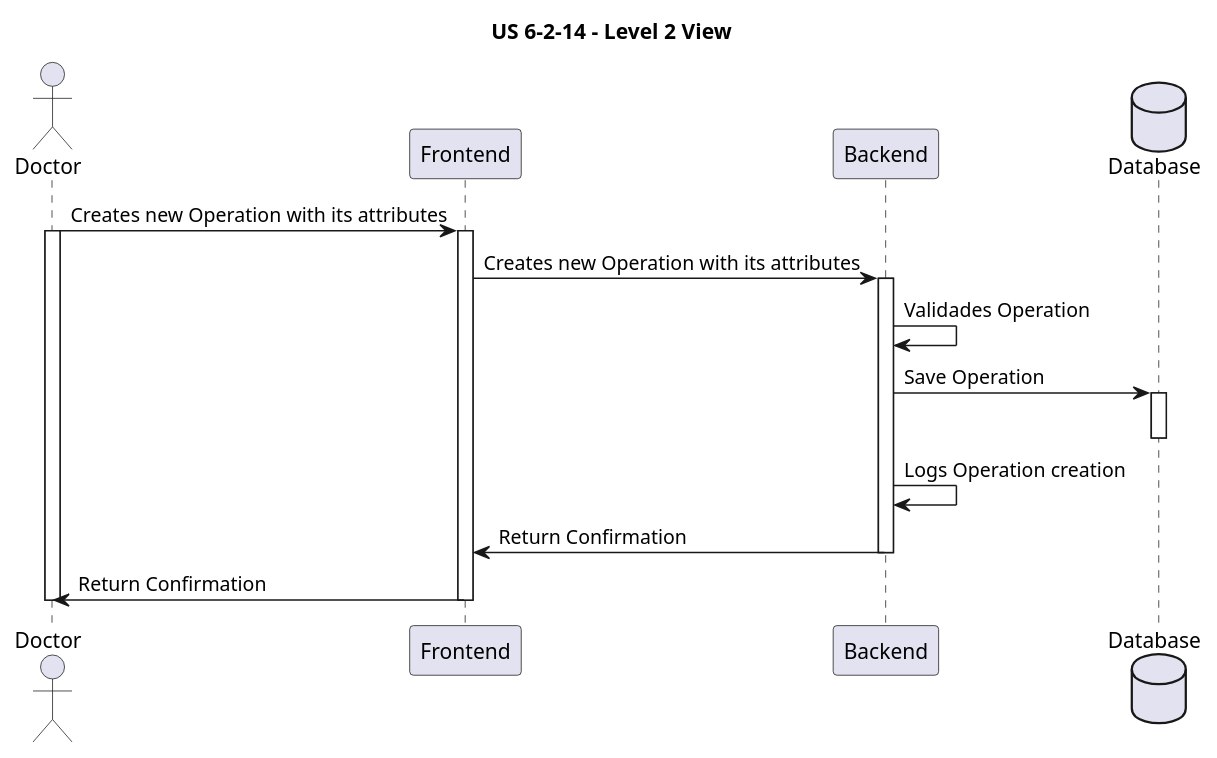
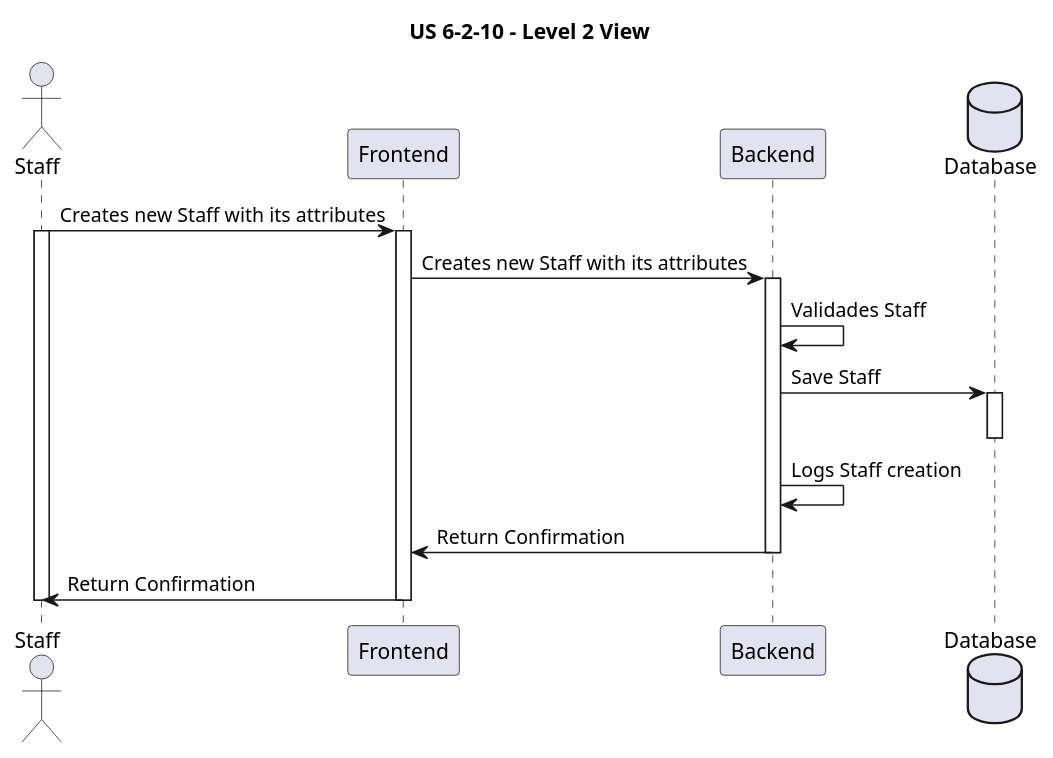
Before and after one commit to andredsferreira/p5sem-3dj-g59: the diagram in docs/user_stories/sprint-b/6-2-10/views/level-2/US6-2-10-level-2-view.puml, drawn with PlantUML. The commit also changed other lines of this file and 7 other files, not shown here.

```diff
--- a/docs/user_stories/sprint-b/6-2-10/views/level-2/US6-2-10-level-2-view.puml
+++ b/docs/user_stories/sprint-b/6-2-10/views/level-2/US6-2-10-level-2-view.puml
@@ -11,29 +11,29 @@
 @startuml
 
-title US 6-2-14 - Level 2 View
+title US 6-2-10 - Level 2 View
 
-actor Doctor as U
+actor Staff as U
 participant "Frontend" as web
 participant "Backend" as api
 database "Database" as db
 
-U -> web : Creates new Operation with its attributes
+U -> web : Creates new Staff with its attributes
 activate U
 activate web
-web -> api : Creates new Operation with its attributes
+web -> api : Creates new Staff with its attributes
 activate api
 
-api -> api : Validades Operation
-api -> db : Save Operation
+api -> api : Validades Staff
+api -> db : Save Staff
 activate db
 deactivate db
-api -> api : Logs Operation creation
+api -> api : Logs Staff creation
 api -> web : Return Confirmation
 deactivate api
 web -> U : Return Confirmation
 deactivate web
 deactivate U
 
 
 
 @enduml
```
